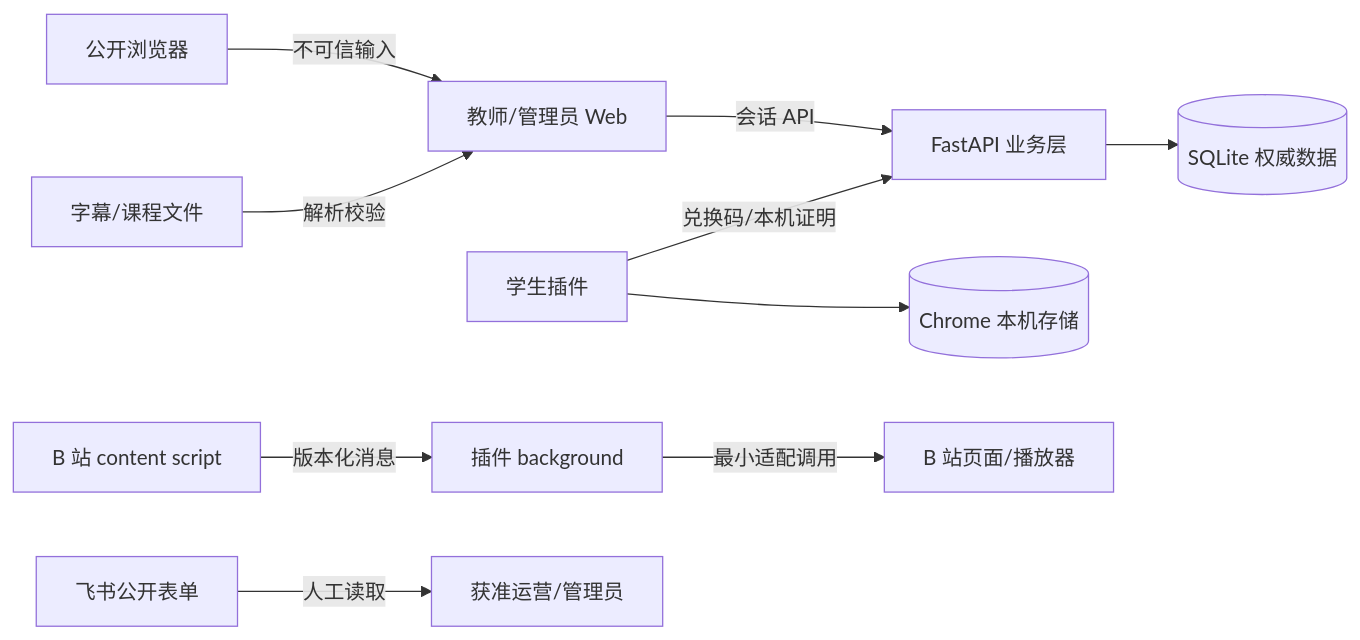
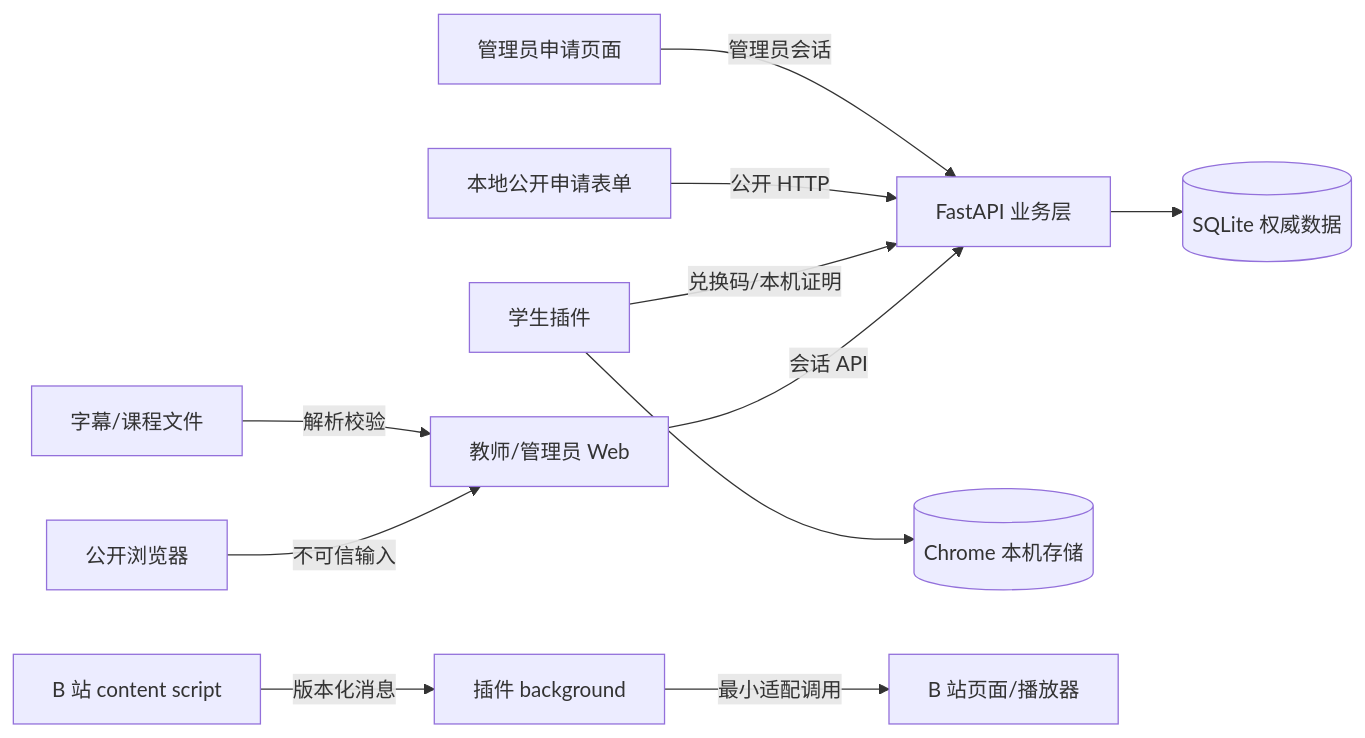
Before and after one commit to xiaobaiworld/lessonpilot: the diagram in doc/design/v1/08-security-operations-design.md, drawn with Mermaid. The commit also changed other lines of this file and 90 other files, not shown here.

````diff
--- a/doc/design/v1/08-security-operations-design.md
+++ b/doc/design/v1/08-security-operations-design.md
@@ -25,12 +25,13 @@
 ```mermaid
 flowchart LR
   Public[公开浏览器] -->|不可信输入| Web[教师/管理员 Web]
   Web -->|会话 API| API[FastAPI 业务层]
   API --> DB[(SQLite 权威数据)]
   Student[学生插件] -->|兑换码/本机证明| API
   Student --> Local[(Chrome 本机存储)]
   Content[B 站 content script] -->|版本化消息| BG[插件 background]
   BG -->|最小适配调用| Bili[B 站页面/播放器]
   TeacherFile[字幕/课程文件] -->|解析校验| Web
-  Feishu[飞书公开表单] -->|人工读取| Ops[获准运营/管理员]
+  PublicForm[本地公开申请表单] -->|公开 HTTP| API[FastAPI 业务层]
+  AdminWeb[管理员申请页面] -->|管理员会话| API
 ```
````
